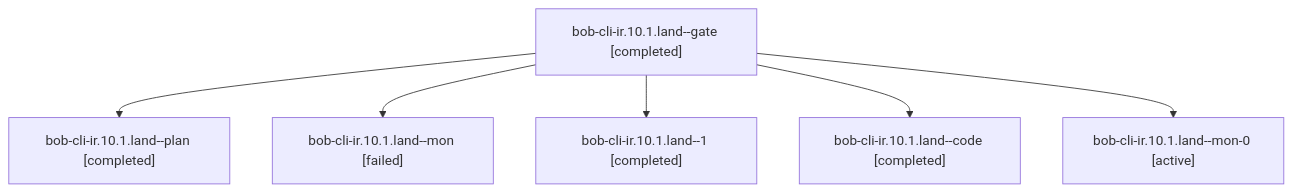
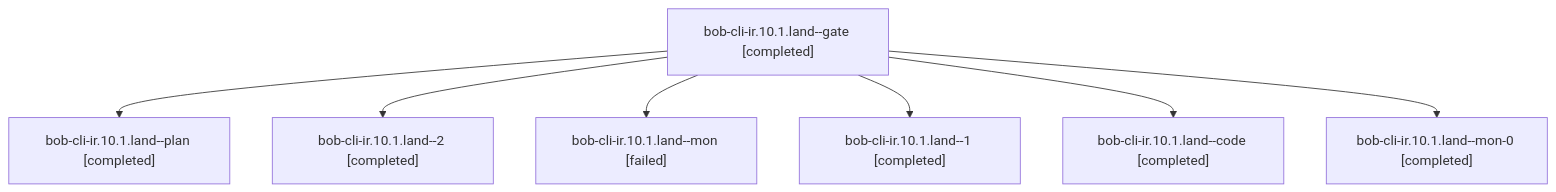
Before and after one commit to bobs-org/bob-cli--agents: the diagram in sessions/bbugyi200.athena.bob-cli-ir.10.1.land.md, drawn with Mermaid. The commit also changed other lines of this file and 100 other files, not shown here.

````diff
--- a/sessions/bbugyi200.athena.bob-cli-ir.10.1.land.md
+++ b/sessions/bbugyi200.athena.bob-cli-ir.10.1.land.md
@@ -9,14 +9,16 @@
 ```mermaid
 flowchart TD
   n0["bob-cli-ir.10.1.land--gate [completed]"]
   n1["bob-cli-ir.10.1.land--plan [completed]"]
   n0 --> n1
-  n2["bob-cli-ir.10.1.land--mon [failed]"]
+  n2["bob-cli-ir.10.1.land--2 [completed]"]
   n0 --> n2
-  n3["bob-cli-ir.10.1.land--1 [completed]"]
+  n3["bob-cli-ir.10.1.land--mon [failed]"]
   n0 --> n3
-  n4["bob-cli-ir.10.1.land--code [completed]"]
+  n4["bob-cli-ir.10.1.land--1 [completed]"]
   n0 --> n4
-  n5["bob-cli-ir.10.1.land--mon-0 [active]"]
+  n5["bob-cli-ir.10.1.land--code [completed]"]
   n0 --> n5
+  n6["bob-cli-ir.10.1.land--mon-0 [completed]"]
+  n0 --> n6
 ```
````
